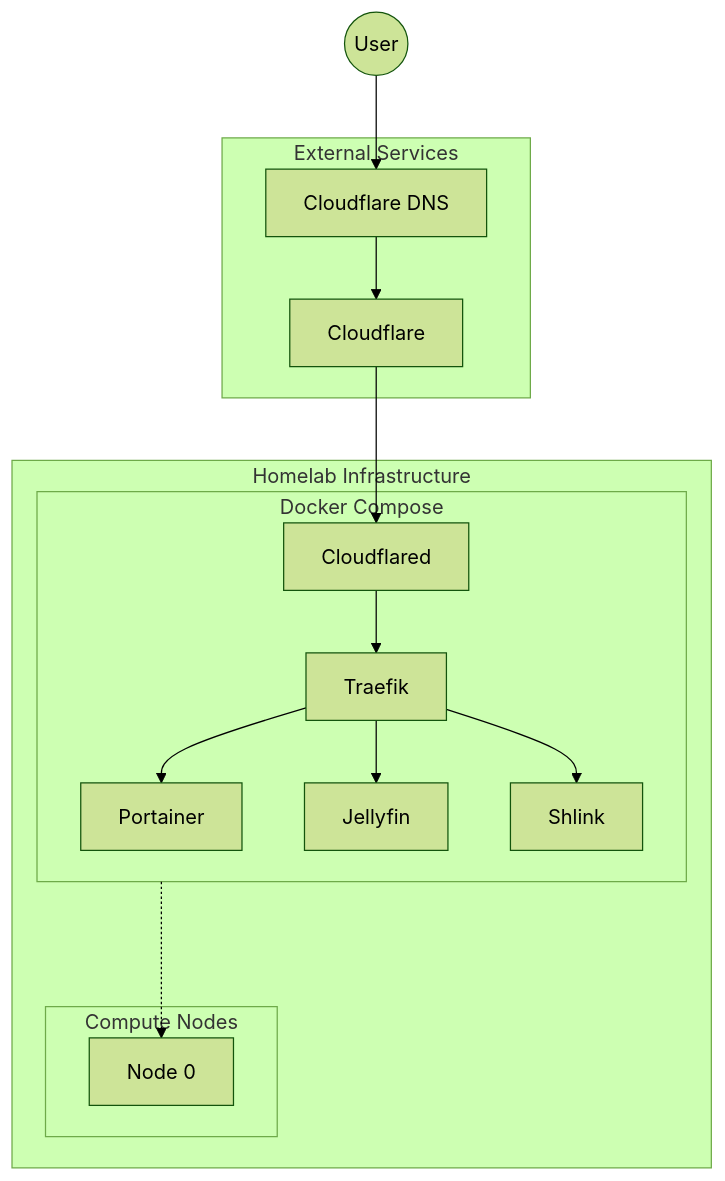
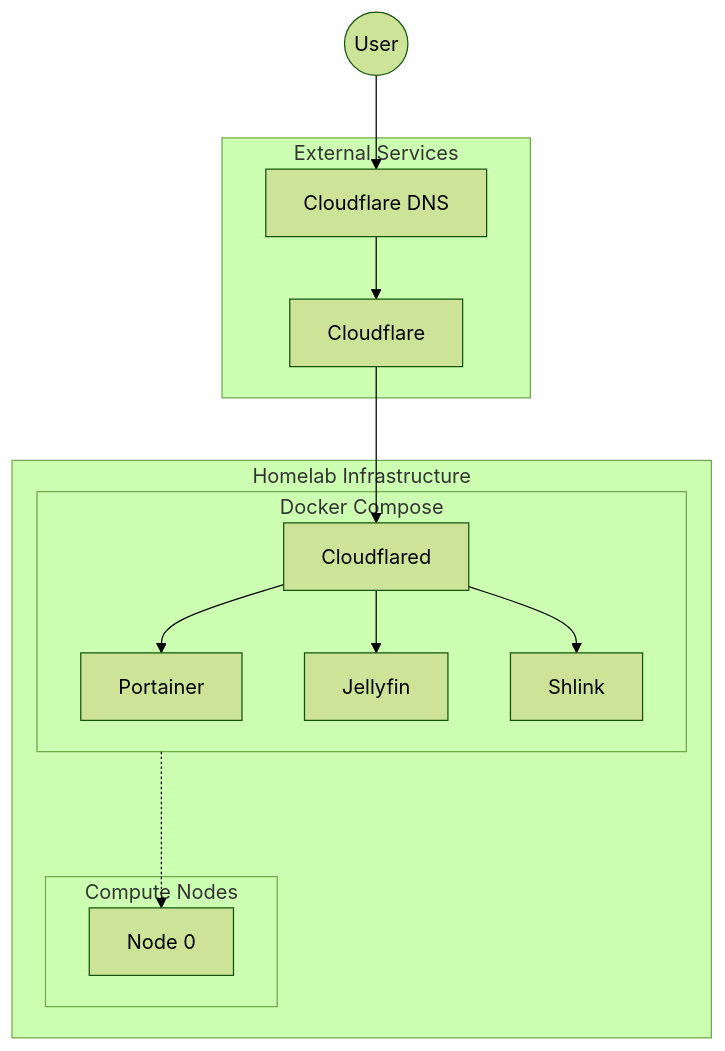
One commit to dbut2/dbut2.github.io changed the first of 2 diagrams in content/blog/homelab-in-review.md. Above: the diagram before and after it, drawn with Mermaid (forest theme). The commit also changed other lines of this file, not shown here.

````diff
--- a/content/blog/homelab-in-review.md
+++ b/content/blog/homelab-in-review.md
@@ -10,32 +18,30 @@
 ```mermaid
 flowchart TD
     user((User))
     
     subgraph external-services [External Services]
         cloudflare[Cloudflare]
         cloudflare-dns[Cloudflare DNS]
     end
     
     subgraph homelab [Homelab Infrastructure]
         subgraph compute-nodes [Compute Nodes]
             node0[Node 0]
         end
 
         subgraph compose [Docker Compose]
             service-1[Portainer]
             service-2[Jellyfin]
             service-3[Shlink]
 
             cloudflared[Cloudflared]
-            traefik[Traefik]
         end
     end
     
     user --> cloudflare-dns
     cloudflare-dns --> cloudflare
     cloudflare --> cloudflared
-    cloudflared --> traefik
-    traefik --> service-1 & service-2 & service-3
+    cloudflared --> service-1 & service-2 & service-3
 
     compose -..-> node0
 ```
````
